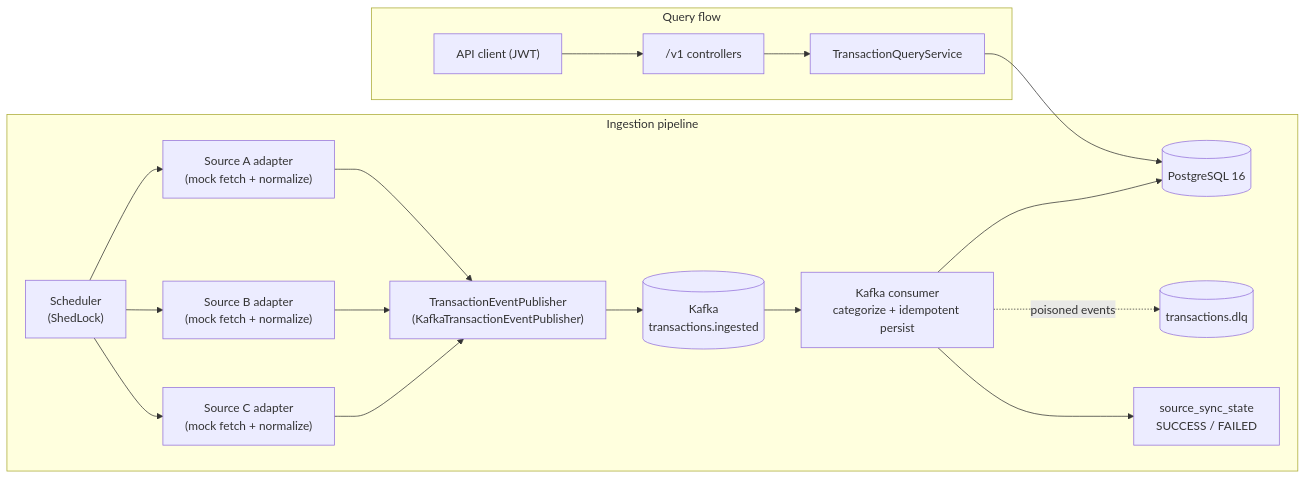
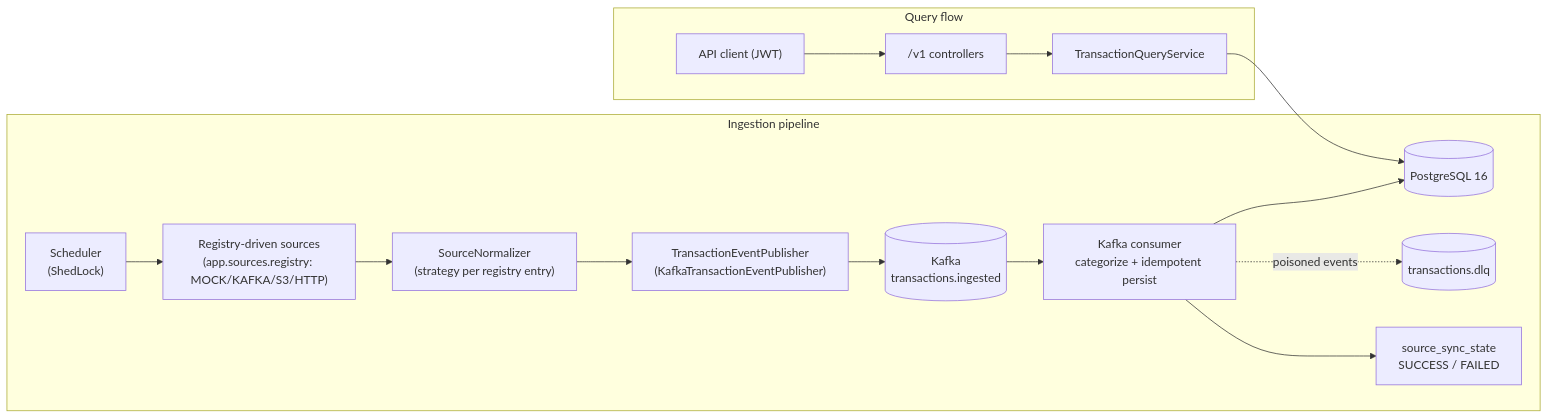
The diagram in README.md (lesibam/transaction-agreggation-api), drawn with Mermaid before and after one commit. The commit also changed other lines of this file and 41 other files, not shown here.

````diff
--- a/README.md
+++ b/README.md
@@ -35,22 +35,19 @@
 ```mermaid
 graph LR
     subgraph Ingestion pipeline
-        SCH["Scheduler<br/>(ShedLock)"] --> A1["Source A adapter<br/>(mock fetch + normalize)"]
-        SCH --> A2["Source B adapter<br/>(mock fetch + normalize)"]
-        SCH --> A3["Source C adapter<br/>(mock fetch + normalize)"]
-        A1 --> PUB["TransactionEventPublisher<br/>(KafkaTransactionEventPublisher)"]
-        A2 --> PUB
-        A3 --> PUB
+        SCH["Scheduler<br/>(ShedLock)"] --> SRC["Registry-driven sources<br/>(app.sources.registry: MOCK/KAFKA/S3/HTTP)"]
+        SRC --> NORM["SourceNormalizer<br/>(strategy per registry entry)"]
+        NORM --> PUB["TransactionEventPublisher<br/>(KafkaTransactionEventPublisher)"]
         PUB --> K[("Kafka<br/>transactions.ingested")]
         K --> CONS["Kafka consumer<br/>categorize + idempotent persist"]
         CONS --> DB[("PostgreSQL 16")]
         CONS -. "poisoned events" .-> DLQ[("transactions.dlq")]
         CONS --> SYNC["source_sync_state<br/>SUCCESS / FAILED"]
     end
 
     subgraph Query flow
         CLIENT["API client (JWT)"] --> CTRL["/v1 controllers"]
         CTRL --> QS["TransactionQueryService"]
         QS --> DB
     end
 ```
````
